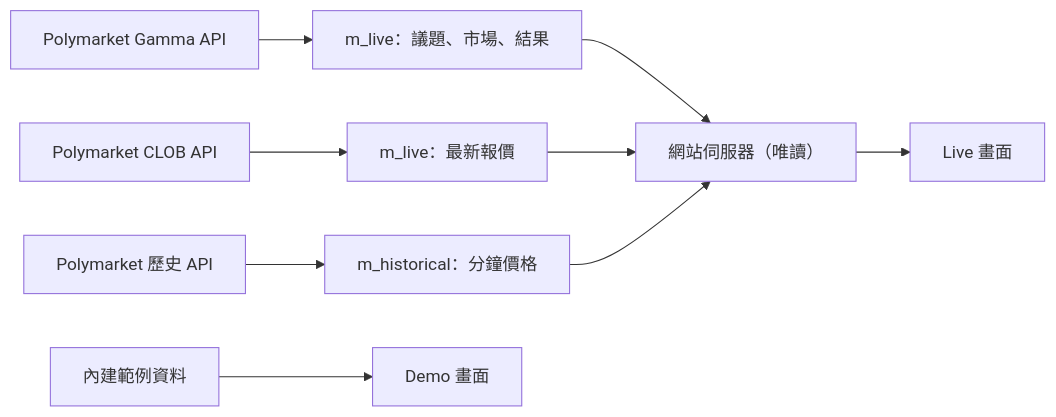
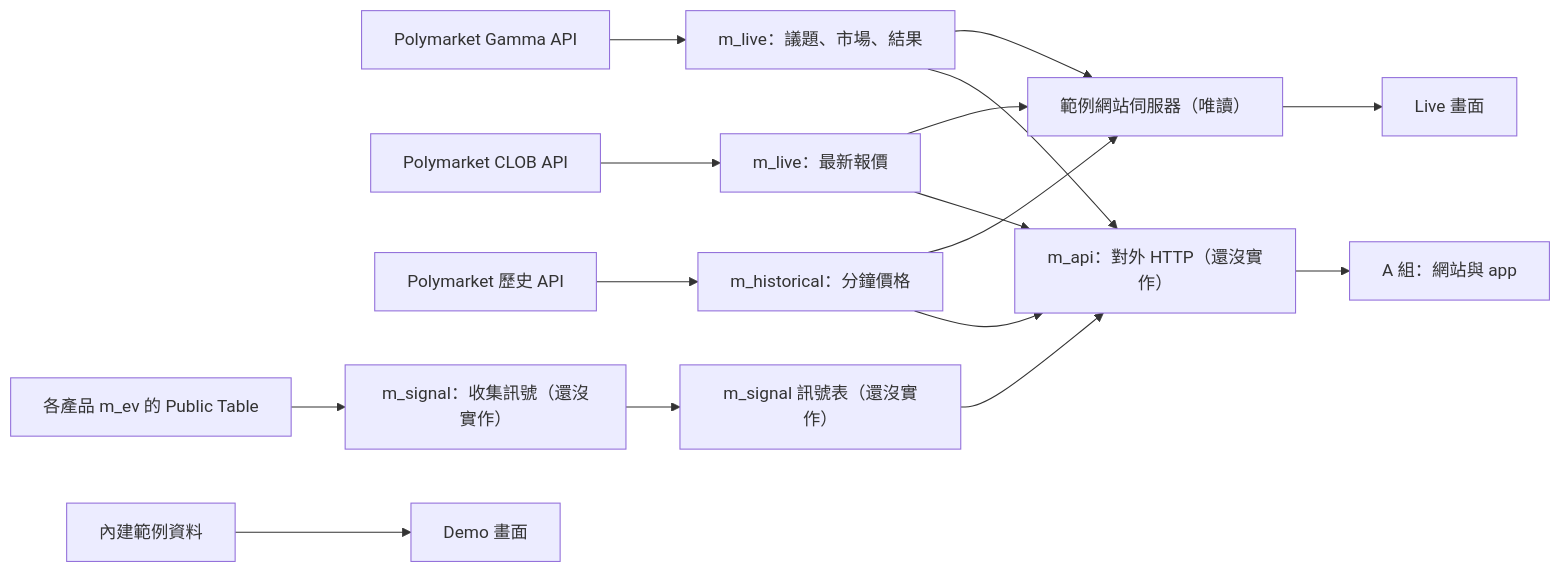
Before and after one commit to LightingArb/lac: the diagram in README.md, drawn with Mermaid. The commit also changed other lines of this file, not shown here.

Commit message:
docs: define partner HTTP API draft

````diff
--- a/README.md
+++ b/README.md
@@ -161,11 +162,18 @@
 ```mermaid
 flowchart LR
     G["Polymarket Gamma API"] --> M["m_live：議題、市場、結果"]
     C["Polymarket CLOB API"] --> Q["m_live：最新報價"]
     H["Polymarket 歷史 API"] --> P["m_historical：分鐘價格"]
-    M --> V["網站伺服器（唯讀）"]
+    M --> V["範例網站伺服器（唯讀）"]
     Q --> V
     P --> V
     V --> L["Live 畫面"]
     D["內建範例資料"] --> R["Demo 畫面"]
+    E["各產品 m_ev 的 Public Table"] --> S["m_signal：收集訊號（還沒實作）"]
+    S --> T["m_signal 訊號表（還沒實作）"]
+    M --> A["m_api：對外 HTTP（還沒實作）"]
+    Q --> A
+    P --> A
+    T --> A
+    A --> U["A 組：網站與 app"]
 ```
````
